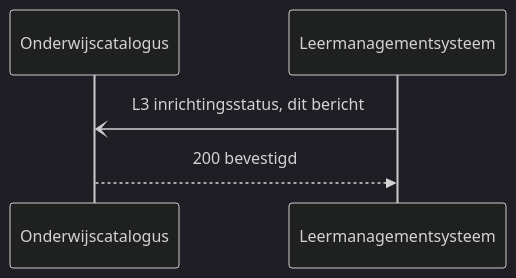
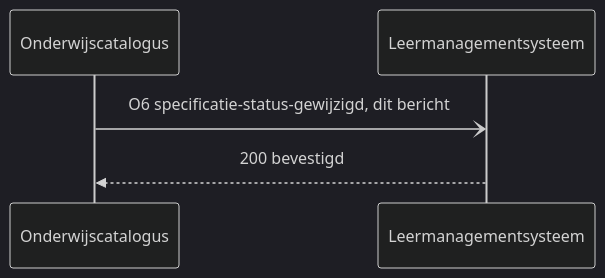
The sixth of 8 diagrams in architecture/docs/specificatie/interactie-onderwijsaanbod/is-oa-07.md (Npuls-OKx/meta), drawn with Mermaid (dark theme) before and after one commit. The commit also changed other lines of this file and 33 other files, not shown here.

````diff
--- a/architecture/docs/specificatie/interactie-onderwijsaanbod/is-oa-07.md
+++ b/architecture/docs/specificatie/interactie-onderwijsaanbod/is-oa-07.md
@@ -325,7 +358,7 @@
 ```mermaid
 sequenceDiagram
     participant OC as Onderwijscatalogus
     participant LMS as Leermanagementsysteem
-    LMS-)OC: L3 inrichtingsstatus, dit bericht
-    OC-->>LMS: 200 bevestigd
+    OC-)LMS: O6 specificatie-status-gewijzigd, dit bericht
+    LMS-->>OC: 200 bevestigd
 ```
````
